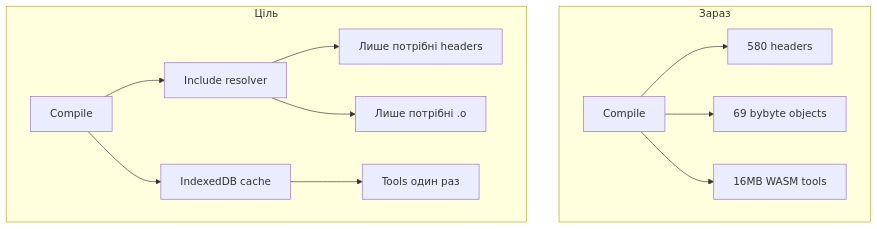
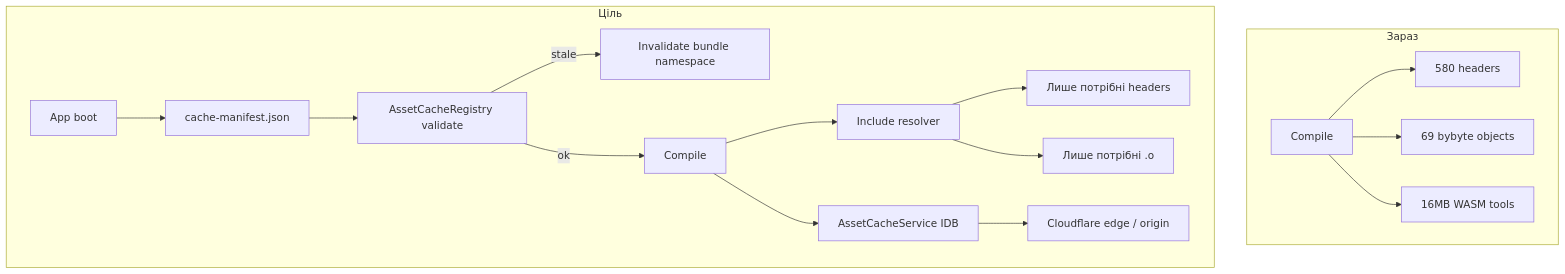
The first of 3 diagrams in .cursor/plans/lazy_wasm_multi-platform_bf1259dc.plan.md (ByByte-diy/ByByteBlockly), drawn with Mermaid before and after one commit. The commit also changed other lines of this file and 1200 other files, not shown here.

Commit message:
add lazy load wasm assets, add asset cache module and other improvements

````diff
--- a/.cursor/plans/lazy_wasm_multi-platform_bf1259dc.plan.md
+++ b/.cursor/plans/lazy_wasm_multi-platform_bf1259dc.plan.md
@@ -54,16 +61,20 @@
 ```mermaid
 flowchart TD
   subgraph today [Зараз]
     Compile[Compile] --> AllHeaders[580 headers]
     Compile --> AllObjects[69 bybyte objects]
     Compile --> Tools[16MB WASM tools]
   end
 
   subgraph target [Ціль]
-    Compile2[Compile] --> Resolver[Include resolver]
+    Boot[App boot] --> Manifest[cache-manifest.json]
+    Manifest --> Validate[AssetCacheRegistry validate]
+    Validate -->|stale| Evict[Invalidate bundle namespace]
+    Validate -->|ok| Compile2[Compile]
+    Compile2 --> Resolver[Include resolver]
     Resolver --> NeedHeaders[Лише потрібні headers]
     Resolver --> NeedObjects[Лише потрібні .o]
-    Compile2 --> Cache[IndexedDB cache]
-    Cache --> Tools2[Tools один раз]
+    Compile2 --> Cache[AssetCacheService IDB]
+    Cache --> CDN[Cloudflare edge / origin]
   end
 ```
````
